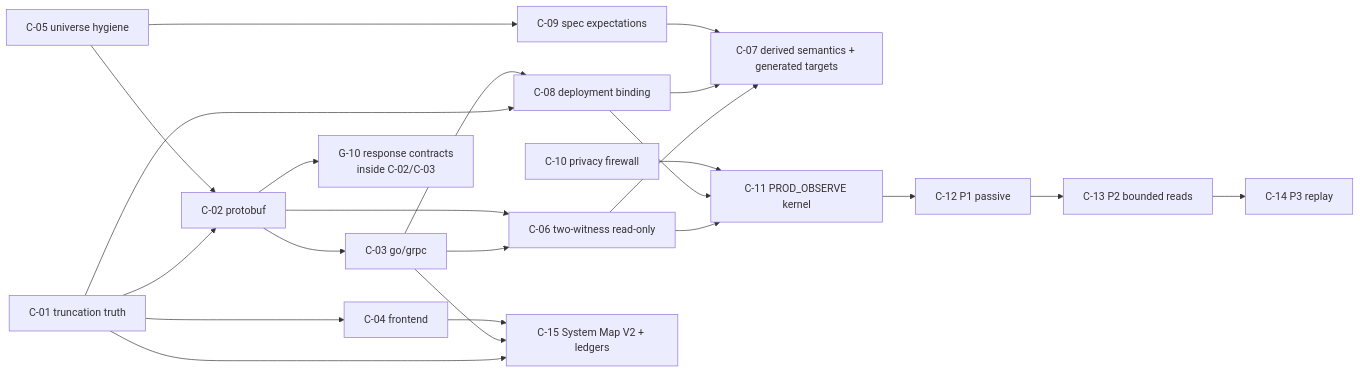
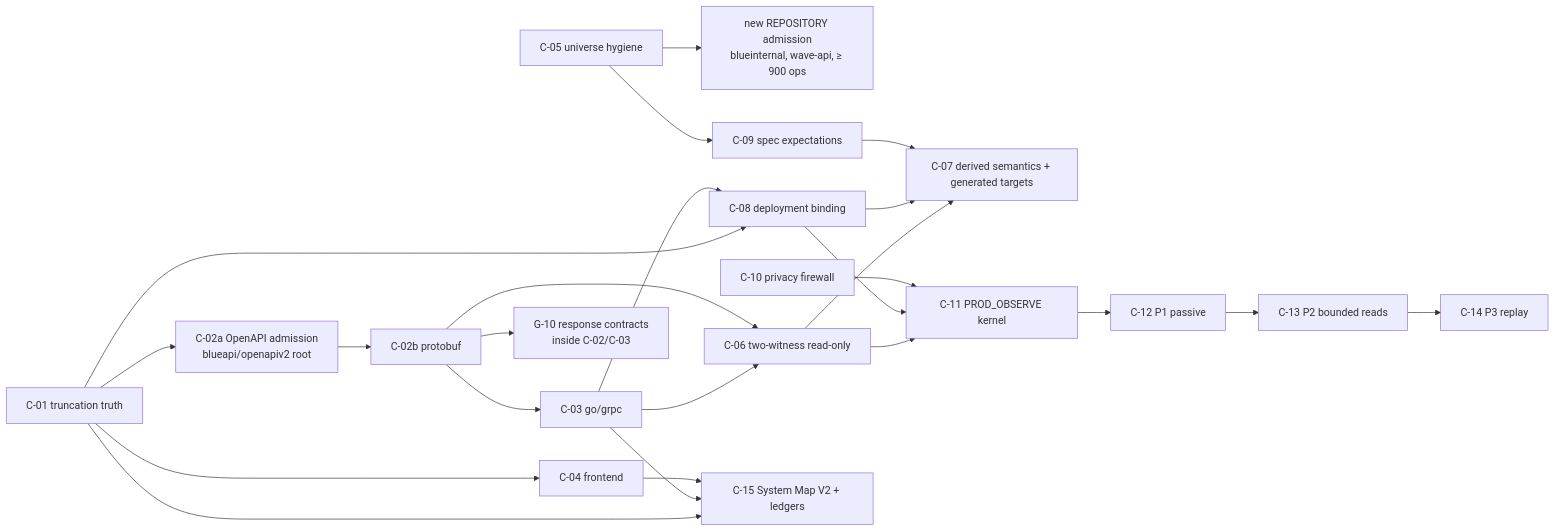
One commit to quantdale/night-watch changed the diagram in docs/design/PRODUCTION-OBSERVABILITY-MASTER-PLAN.md. Above: the diagram before and after it, drawn with Mermaid. The commit also changed other lines of this file and 2 other files, not shown here.

First line of the commit message:
docs: reconcile post-C-01 roadmap truth and resolve the C-02a/C-05 ordering

````diff
--- a/docs/design/PRODUCTION-OBSERVABILITY-MASTER-PLAN.md
+++ b/docs/design/PRODUCTION-OBSERVABILITY-MASTER-PLAN.md
@@ -288,25 +302,26 @@
 ```mermaid
 flowchart LR
-  C01[C-01 truncation truth] --> C02[C-02 protobuf]
+  C01[C-01 truncation truth] --> C02a[C-02a OpenAPI admission<br/>blueapi/openapiv2 root]
+  C02a --> C02[C-02b protobuf]
   C01 --> C04[C-04 frontend]
-  C05[C-05 universe hygiene] --> C02
+  C05[C-05 universe hygiene] --> UNIV[new REPOSITORY admission<br/>blueinternal, wave-api, ≥ 900 ops]
   C02 --> C03[C-03 go/grpc]
   C02 --> C10x[G-10 response contracts<br/>inside C-02/C-03]
   C03 --> C06[C-06 two-witness read-only]
   C02 --> C06
   C01 --> C08[C-08 deployment binding]
   C03 --> C08
   C06 --> C07[C-07 derived semantics + generated targets]
   C08 --> C07
   C05 --> C09[C-09 spec expectations]
   C09 --> C07
   C06 --> C11[C-11 PROD_OBSERVE kernel]
   C08 --> C11
   C10[C-10 privacy firewall] --> C11
   C11 --> C12[C-12 P1 passive]
   C12 --> C13[C-13 P2 bounded reads]
   C13 --> C14[C-14 P3 replay]
   C01 --> C15[C-15 System Map V2 + ledgers]
   C03 --> C15
   C04 --> C15
 ```
````
